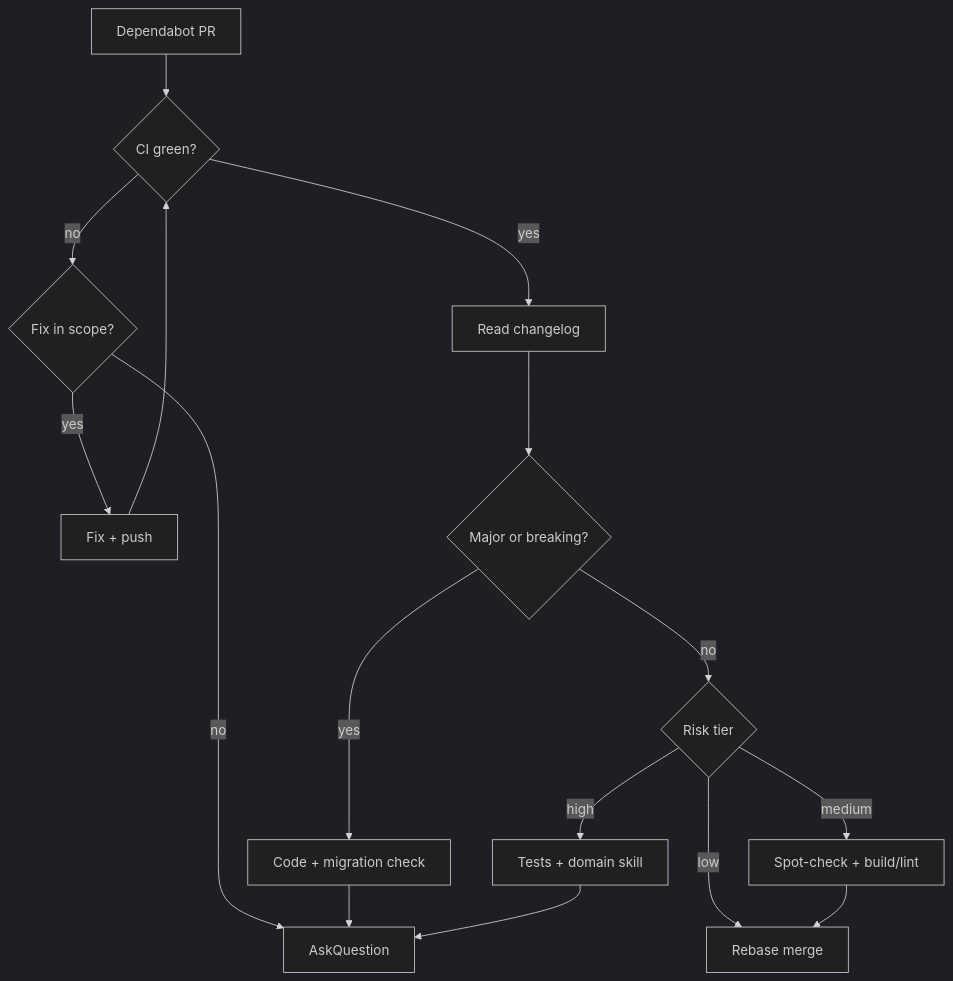
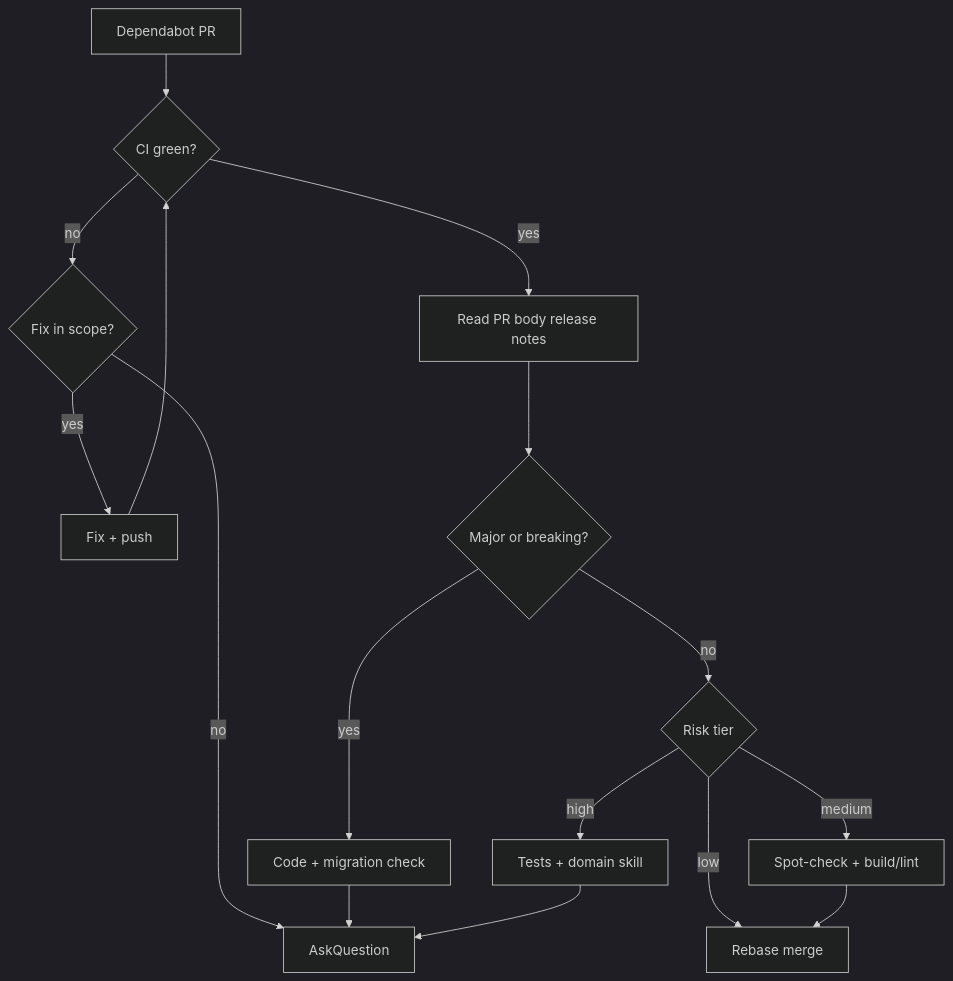
One commit to FixMyBerlin/fixmyskills changed the diagram in skills/review-dependabot/SKILL.md. Above: the diagram before and after it, drawn with Mermaid (dark theme). The commit also changed other lines of this file, not shown here.

````diff
--- a/skills/review-dependabot/SKILL.md
+++ b/skills/review-dependabot/SKILL.md
@@ -124,18 +135,18 @@
 ```mermaid
 flowchart TD
   start[Dependabot PR] --> ci{CI green?}
   ci -->|no| fix{Fix in scope?}
   fix -->|yes| fixCi[Fix + push]
   fix -->|no| ask[AskQuestion]
-  ci -->|yes| notes[Read changelog]
+  ci -->|yes| notes[Read PR body release notes]
   notes --> major{Major or breaking?}
   major -->|yes| investigate[Code + migration check]
   investigate --> ask
   major -->|no| tier{Risk tier}
   tier -->|low| merge[Rebase merge]
   tier -->|medium| local[Spot-check + build/lint]
   local --> merge
   tier -->|high| deep[Tests + domain skill]
   deep --> ask
   fixCi --> ci
 ```
````
